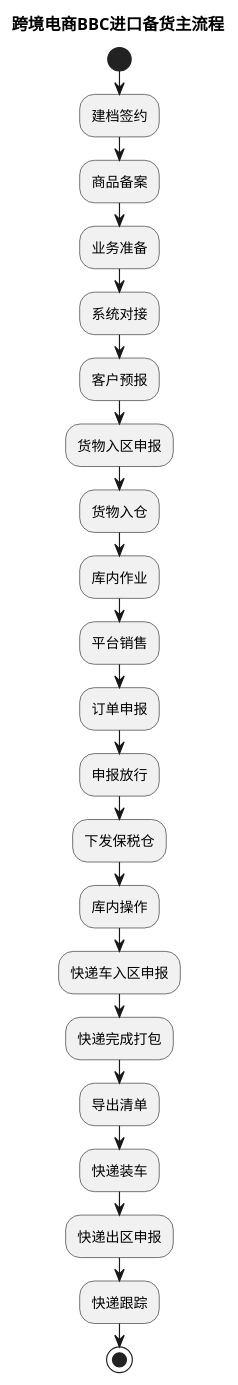
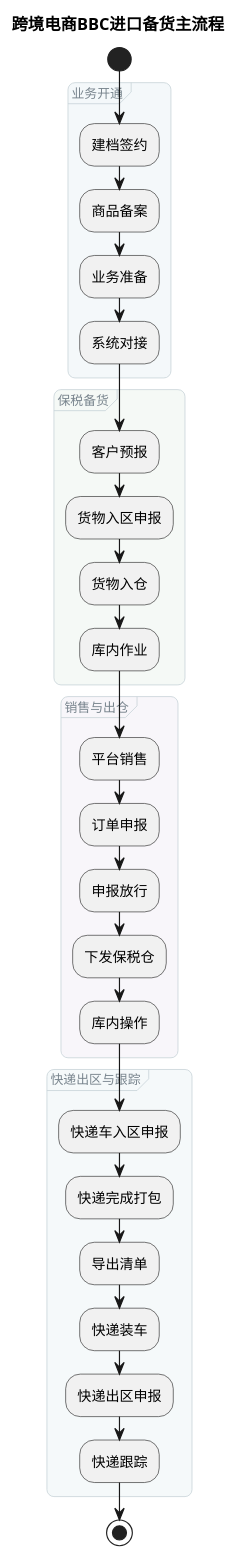
The seventh of 7 diagrams in product-caliber/goldjet/segmented-prd/mainflow/PRD.高捷物流系统一期.主流程.01.业务模式主流程总览.md (jack888332/projects-doc), drawn with PlantUML before and after one commit. The commit also changed other lines of this file and 16 other files, not shown here.

Commit message:
给DSL图分组

````diff
--- a/product-caliber/goldjet/segmented-prd/mainflow/PRD.高捷物流系统一期.主流程.01.业务模式主流程总览.md
+++ b/product-caliber/goldjet/segmented-prd/mainflow/PRD.高捷物流系统一期.主流程.01.业务模式主流程总览.md
@@ -181,27 +221,47 @@
 ```plantuml
 @startuml
 skinparam activityDiamondBackgroundColor #FFF4CC
+<style>
+activityDiagram {
+  group {
+    LineColor #CAD5DA
+    LineThickness 0.7
+    RoundCorner 12
+    FontColor #78848D
+    FontSize 11
+    FontStyle plain
+  }
+}
+</style>
 title 跨境电商BBC进口备货主流程
 start
+group 业务开通 #F4F8FA {
 :建档签约;
 :商品备案;
 :业务准备;
 :系统对接;
+}
+group 保税备货 #F5F9F6 {
 :客户预报;
 :货物入区申报;
 :货物入仓;
 :库内作业;
+}
+group 销售与出仓 #F8F6FA {
 :平台销售;
 :订单申报;
 :申报放行;
 :下发保税仓;
 :库内操作;
+}
+group 快递出区与跟踪 #F5F9FA {
 :快递车入区申报;
 :快递完成打包;
 :导出清单;
 :快递装车;
 :快递出区申报;
 :快递跟踪;
+}
 stop
 @enduml
 ```
````
